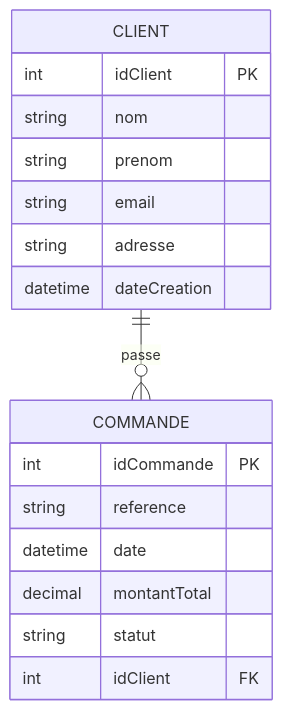
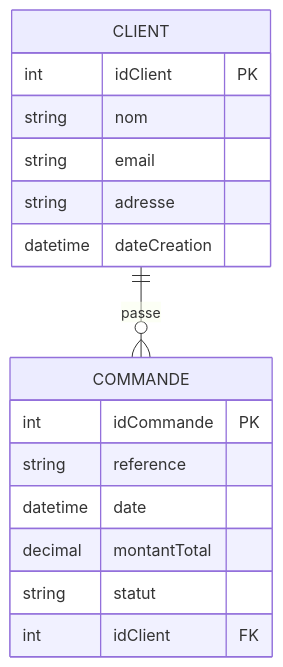
The diagram in README.md (dydou375/projet_test_citerneo), drawn with Mermaid before and after one commit.

Commit message:
changement mermaid

````diff
--- a/README.md
+++ b/README.md
@@ -16,24 +16,23 @@
 ```mermaid
 ---
 config:
   layout: elk
 ---
 erDiagram
     CLIENT ||--o{ COMMANDE : passe
     CLIENT {
         int idClient PK
         string nom
-        string prenom
         string email
         string adresse
         datetime dateCreation
     }
     COMMANDE {
         int idCommande PK
         string reference
         datetime date
         decimal montantTotal
         string statut
         int idClient FK
     }
 ```
````
